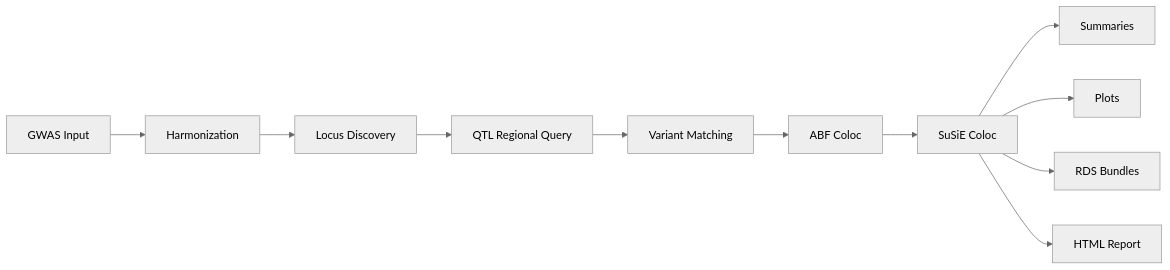
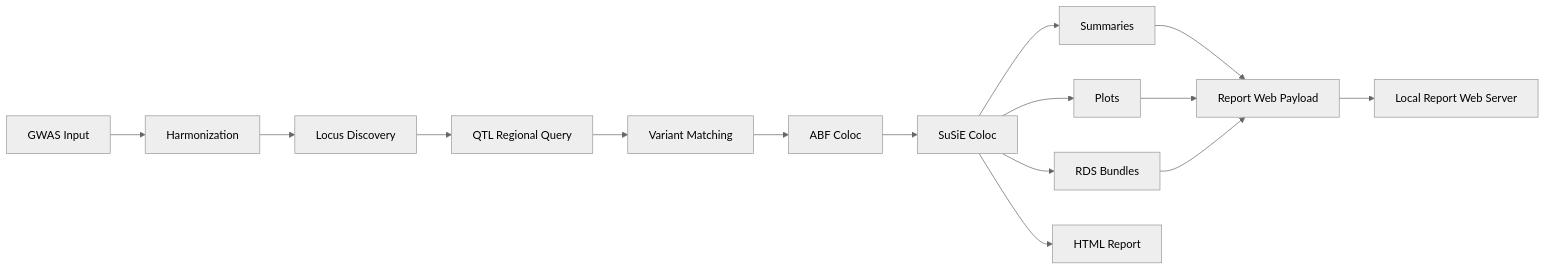
The diagram in docs/ARCHITECTURE.md (cupcake777/EasyColoc), drawn with Mermaid (neutral theme) before and after one commit. The commit also changed other lines of this file and 4 other files, not shown here.

Commit message:
docs: prioritize report web fast start

````diff
--- a/docs/ARCHITECTURE.md
+++ b/docs/ARCHITECTURE.md
@@ -15,13 +15,17 @@
 ```mermaid
 flowchart LR
     A[GWAS Input] --> B[Harmonization]
     B --> C[Locus Discovery]
     C --> D[QTL Regional Query]
     D --> E[Variant Matching]
     E --> F[ABF Coloc]
     F --> G[SuSiE Coloc]
     G --> H[Summaries]
     G --> I[Plots]
     G --> J[RDS Bundles]
     G --> K[HTML Report]
+    H --> L[Report Web Payload]
+    I --> L
+    J --> L
+    L --> M[Local Report Web Server]
 ```
````
